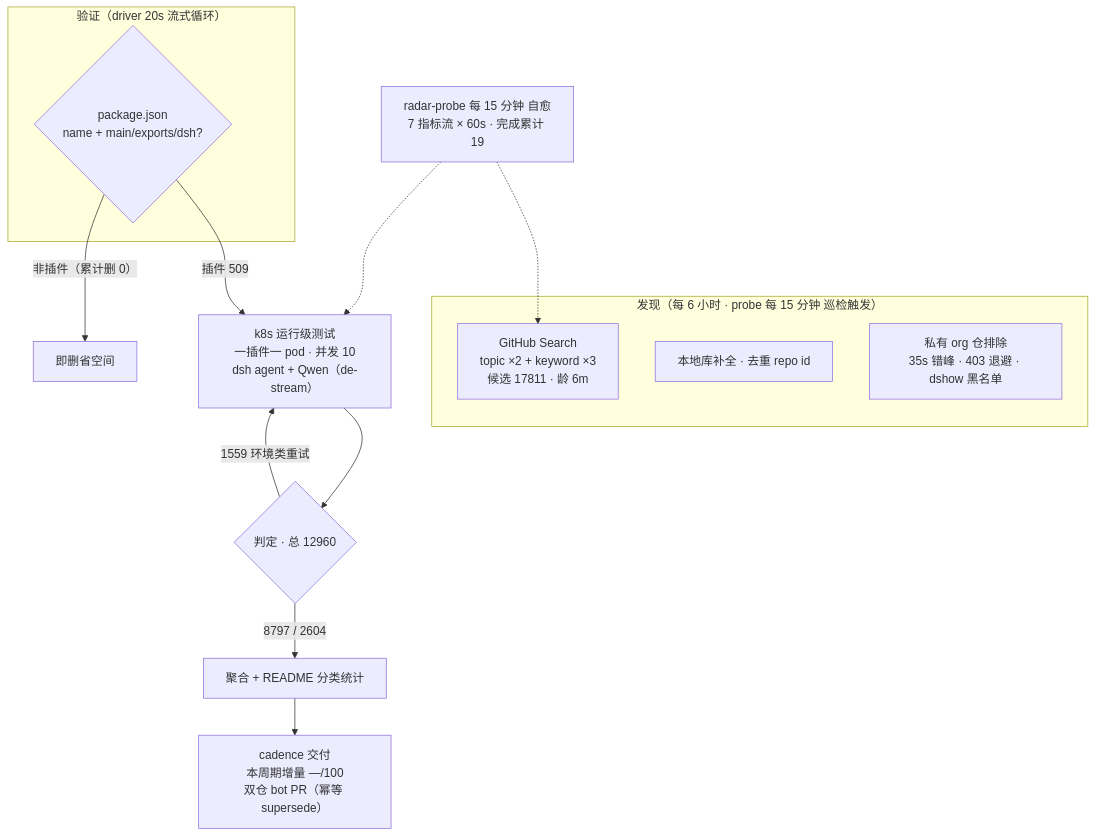
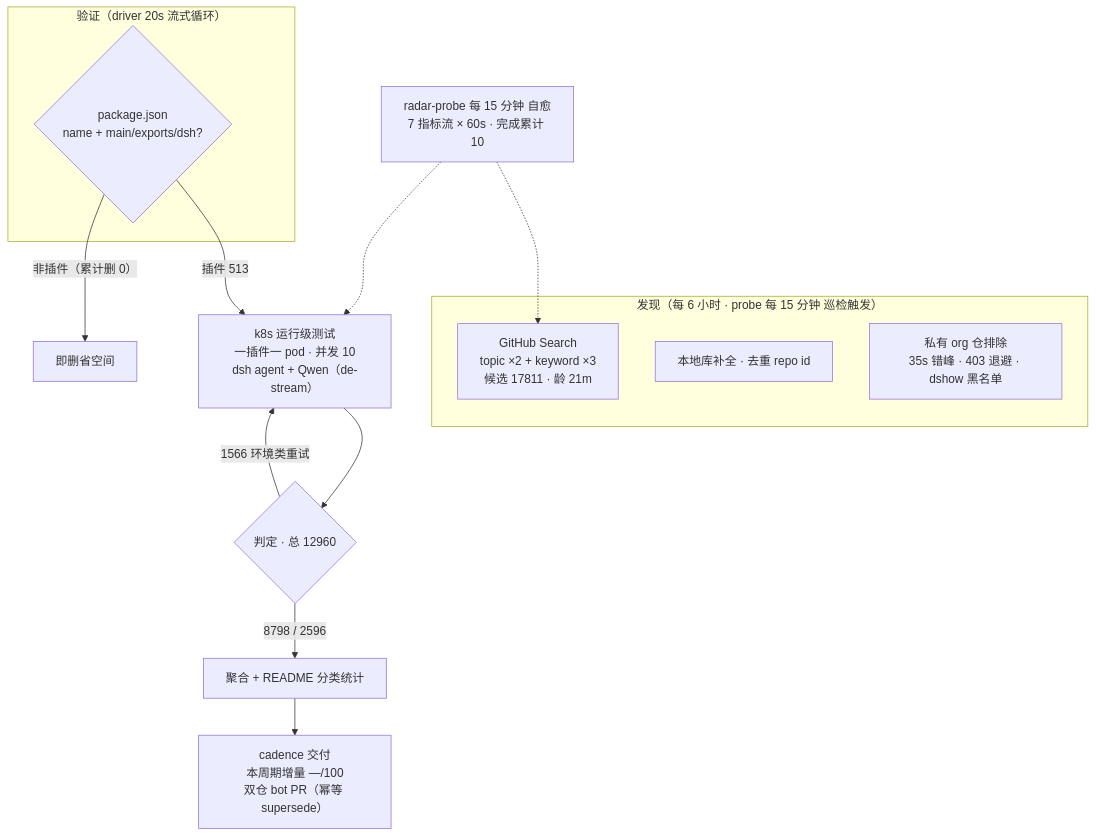
The diagram in README.md (AdamPlatin123/awesome-dsh-plugins), drawn with Mermaid before and after one commit. The commit also changed other lines of this file and 5 other files, not shown here.

````diff
--- a/README.md
+++ b/README.md
@@ -52,20 +52,20 @@
 ```mermaid
 flowchart TB
     subgraph Discovery["发现（每 6 小时 · probe 每 15 分钟 巡检触发）"]
-        A1["GitHub Search<br/>topic ×2 + keyword ×3<br/>候选 17811 · 龄 6m"]
+        A1["GitHub Search<br/>topic ×2 + keyword ×3<br/>候选 17811 · 龄 21m"]
         A2["本地库补全 · 去重 repo id"]
         A3["私有 org 仓排除<br/>35s 错峰 · 403 退避 · dshow 黑名单"]
     end
     subgraph Validation["验证（driver 20s 流式循环）"]
         B1{"package.json<br/>name + main/exports/dsh?"}
     end
-    B1 -->|"插件 509"| C1["k8s 运行级测试<br/>一插件一 pod · 并发 10<br/>dsh agent + Qwen（de-stream）"]
+    B1 -->|"插件 513"| C1["k8s 运行级测试<br/>一插件一 pod · 并发 10<br/>dsh agent + Qwen（de-stream）"]
     B1 -->|"非插件（累计删 0）"| B3["即删省空间"]
     C1 --> D1{"判定 · 总 12960"}
-    D1 -->|"8797 / 2604"| E1["聚合 + README 分类统计"]
-    D1 -->|"1559 环境类重试"| C1
+    D1 -->|"8798 / 2596"| E1["聚合 + README 分类统计"]
+    D1 -->|"1566 环境类重试"| C1
     E1 --> E2["cadence 交付<br/>本周期增量 —/100<br/>双仓 bot PR（幂等 supersede）"]
-    M["radar-probe 每 15 分钟 自愈<br/>7 指标流 × 60s · 完成累计 19"]
+    M["radar-probe 每 15 分钟 自愈<br/>7 指标流 × 60s · 完成累计 10"]
     M -.-> A1
     M -.-> C1
 ```
````
